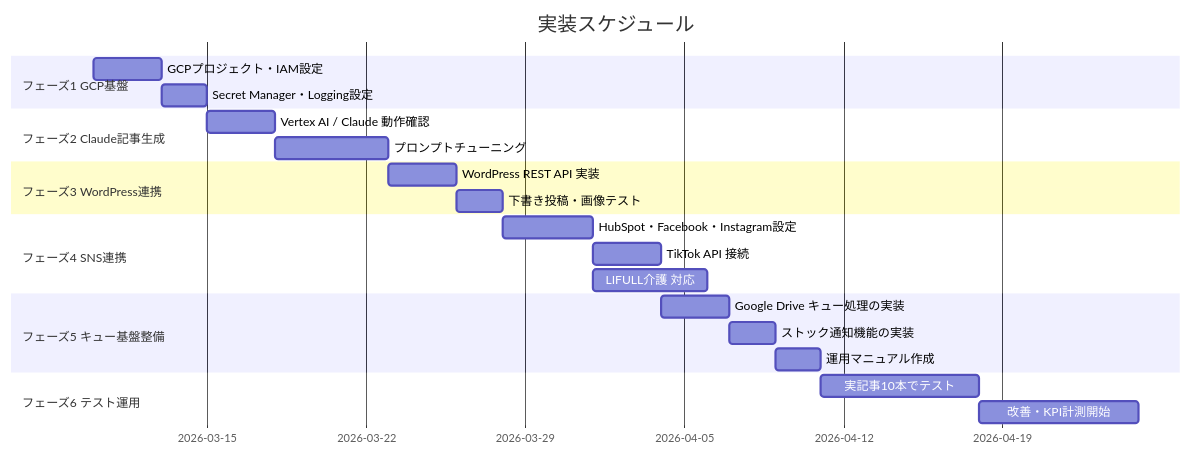
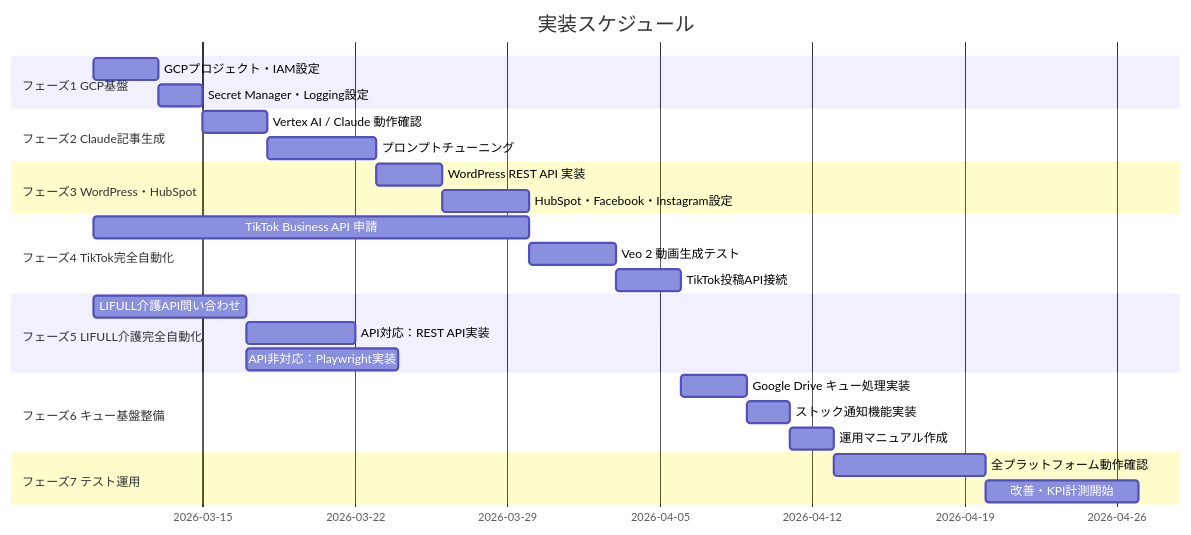
One commit to hideyoshihommura-design/koho-sesaku changed the sixth of 6 diagrams in SNS自動投稿_システム図.md. Above: the diagram before and after it, drawn with Mermaid. The commit also changed other lines of this file and 1 other file, not shown here.

Commit message:
TikTok・LIFULL介護を完全自動化に更新

````diff
--- a/SNS自動投稿_システム図.md
+++ b/SNS自動投稿_システム図.md
@@ -161,30 +165,35 @@
 ```mermaid
 gantt
     title 実装スケジュール
     dateFormat  YYYY-MM-DD
     section フェーズ1 GCP基盤
-        GCPプロジェクト・IAM設定         :p1a, 2026-03-10, 3d
-        Secret Manager・Logging設定      :p1b, after p1a, 2d
+        GCPプロジェクト・IAM設定          :p1a, 2026-03-10, 3d
+        Secret Manager・Logging設定       :p1b, after p1a, 2d
 
     section フェーズ2 Claude記事生成
-        Vertex AI / Claude 動作確認       :p2a, after p1b, 3d
-        プロンプトチューニング            :p2b, after p2a, 5d
+        Vertex AI / Claude 動作確認        :p2a, after p1b, 3d
+        プロンプトチューニング             :p2b, after p2a, 5d
 
-    section フェーズ3 WordPress連携
-        WordPress REST API 実装           :p3a, after p2b, 3d
-        下書き投稿・画像テスト            :p3b, after p3a, 2d
+    section フェーズ3 WordPress・HubSpot
+        WordPress REST API 実装            :p3a, after p2b, 3d
+        HubSpot・Facebook・Instagram設定   :p3b, after p3a, 4d
 
-    section フェーズ4 SNS連携
-        HubSpot・Facebook・Instagram設定  :p4a, after p3b, 4d
-        TikTok API 接続                   :p4b, after p4a, 3d
-        LIFULL介護 対応                   :p4c, after p4a, 5d
+    section フェーズ4 TikTok完全自動化
+        TikTok Business API 申請           :p4a, 2026-03-10, 20d
+        Veo 2 動画生成テスト               :p4b, after p3b, 4d
+        TikTok投稿API接続                  :p4c, after p4b, 3d
 
-    section フェーズ5 キュー基盤整備
-        Google Drive キュー処理の実装     :p5a, after p4b, 3d
-        ストック通知機能の実装            :p5b, after p5a, 2d
-        運用マニュアル作成               :p5c, after p5b, 2d
+    section フェーズ5 LIFULL介護完全自動化
+        LIFULL介護API問い合わせ            :p5a, 2026-03-10, 7d
+        API対応：REST API実装              :p5b, after p5a, 5d
+        API非対応：Playwright実装          :p5c, after p5a, 7d
 
-    section フェーズ6 テスト運用
-        実記事10本でテスト               :p6a, after p5c, 7d
-        改善・KPI計測開始                :p6b, after p6a, 7d
+    section フェーズ6 キュー基盤整備
+        Google Drive キュー処理実装        :p6a, after p4c, 3d
+        ストック通知機能実装               :p6b, after p6a, 2d
+        運用マニュアル作成                 :p6c, after p6b, 2d
+
+    section フェーズ7 テスト運用
+        全プラットフォーム動作確認         :p7a, after p6c, 7d
+        改善・KPI計測開始                  :p7b, after p7a, 7d
 ```
````
